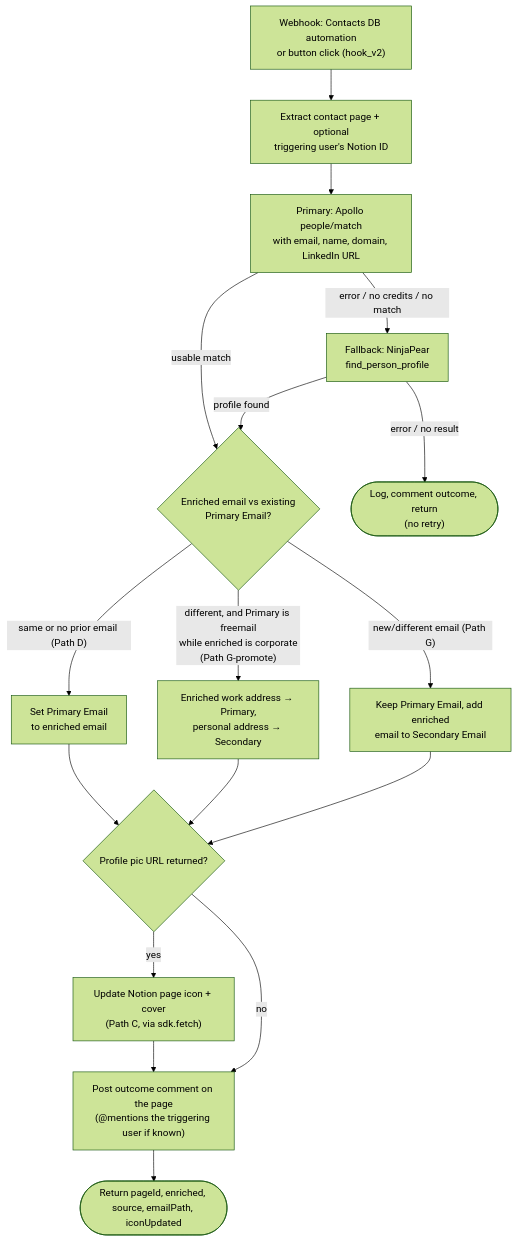
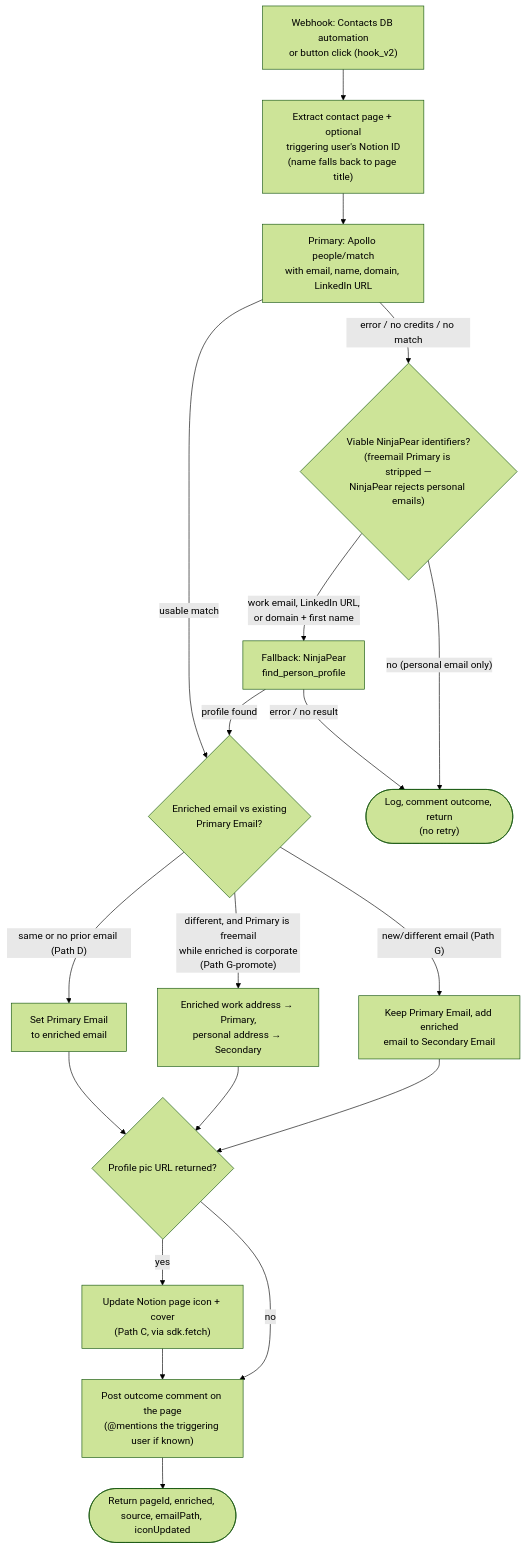
Before and after one commit to work-flowers/zapier-sdk: the diagram in enrich-contact-records/README.md, drawn with Mermaid (forest theme). The commit also changed other lines of this file and 3 other files, not shown here.

````diff
--- a/enrich-contact-records/README.md
+++ b/enrich-contact-records/README.md
@@ -64,18 +89,20 @@
 ```mermaid
 flowchart TD
-    A["Webhook: Contacts DB automation<br/>or button click (hook_v2)"] --> B["Extract contact page + optional<br/>triggering user's Notion ID"]
+    A["Webhook: Contacts DB automation<br/>or button click (hook_v2)"] --> B["Extract contact page + optional<br/>triggering user's Notion ID<br/>(name falls back to page title)"]
     B --> AP["Primary: Apollo people/match<br/>with email, name, domain, LinkedIn URL"]
     AP -- "usable match" --> E
-    AP -- "error / no credits / no match" --> NP["Fallback: NinjaPear<br/>find_person_profile"]
+    AP -- "error / no credits / no match" --> NPG{"Viable NinjaPear identifiers?<br/>(freemail Primary is stripped —<br/>NinjaPear rejects personal emails)"}
+    NPG -- "work email, LinkedIn URL,<br/>or domain + first name" --> NP["Fallback: NinjaPear<br/>find_person_profile"]
+    NPG -- "no (personal email only)" --> D
     NP -- "profile found" --> E{"Enriched email vs existing<br/>Primary Email?"}
     NP -- "error / no result" --> D(["Log, comment outcome, return<br/>(no retry)"])
     E -- "same or no prior email (Path D)" --> F["Set Primary Email<br/>to enriched email"]
     E -- "different, and Primary is freemail<br/>while enriched is corporate<br/>(Path G-promote)" --> GP["Enriched work address → Primary,<br/>personal address → Secondary"]
     E -- "new/different email (Path G)" --> G["Keep Primary Email, add enriched<br/>email to Secondary Email"]
     F --> H{"Profile pic URL returned?"}
     GP --> H
     G --> H
     H -- yes --> I["Update Notion page icon + cover<br/>(Path C, via sdk.fetch)"] --> J
     H -- no --> J["Post outcome comment on the page<br/>(@mentions the triggering user if known)"]
     J --> K(["Return pageId, enriched, source, emailPath, iconUpdated"])
 ```
````
